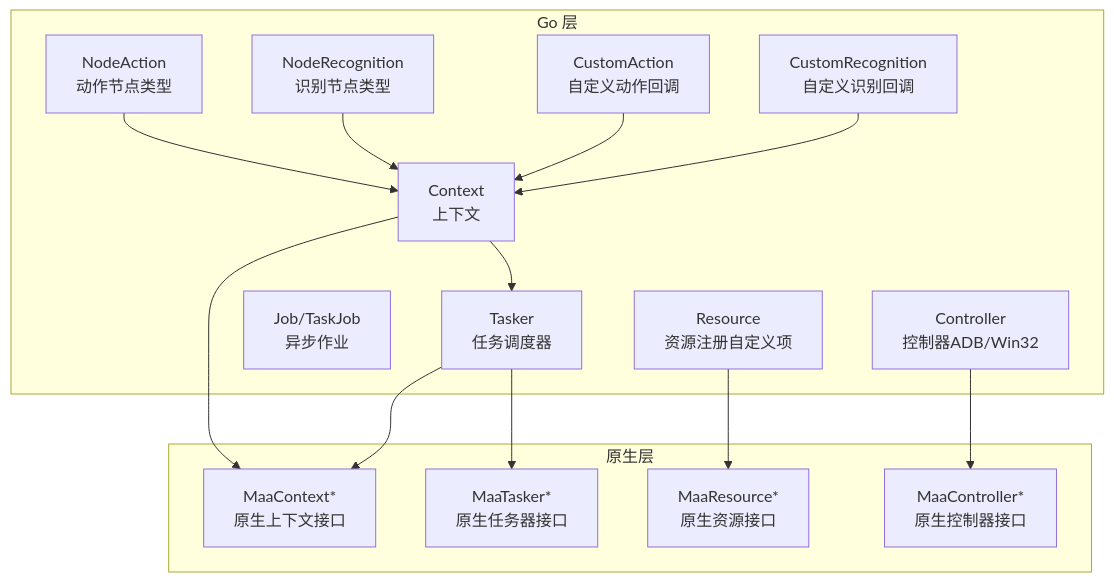
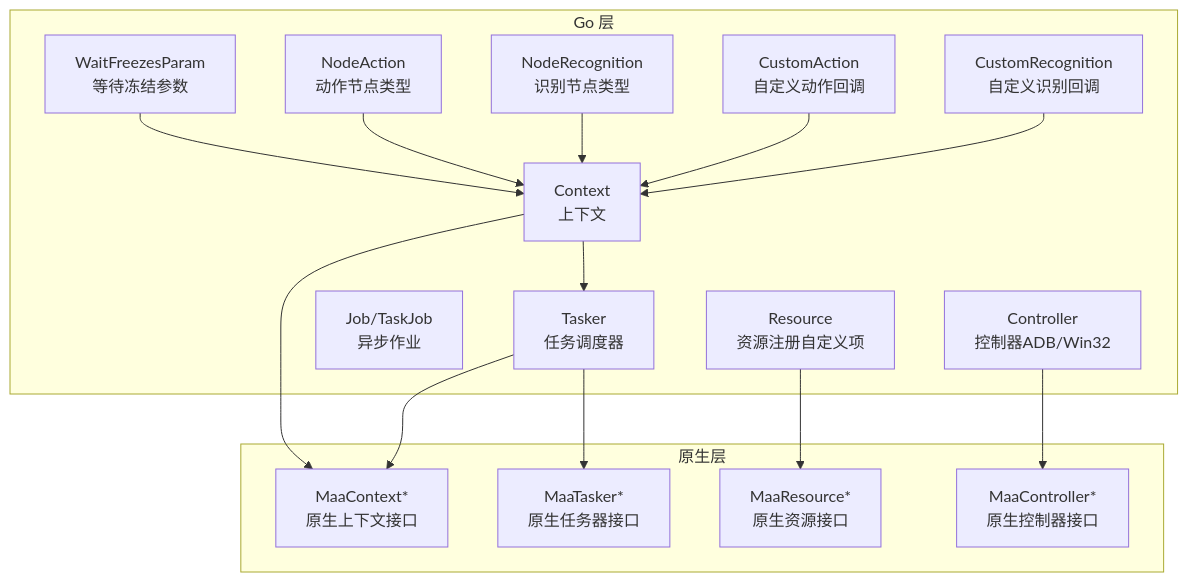
The first of 6 diagrams in instructions/maafw-golang-binding/核心概念/执行上下文 (Context).md (kqcoxn/MaaPipelineEditor), drawn with Mermaid before and after one commit. The commit also changed other lines of this file and 6 other files, not shown here.

````diff
--- a/instructions/maafw-golang-binding/核心概念/执行上下文 (Context).md
+++ b/instructions/maafw-golang-binding/核心概念/执行上下文 (Context).md
@@ -58,30 +59,32 @@
 ```mermaid
 graph TB
 subgraph "Go 层"
 Ctx["Context<br/>上下文"]
 Tsk["Tasker<br/>任务调度器"]
 Job["Job/TaskJob<br/>异步作业"]
 CR["CustomRecognition<br/>自定义识别回调"]
 CA["CustomAction<br/>自定义动作回调"]
 Res["Resource<br/>资源注册自定义项"]
 Ctrl["Controller<br/>控制器ADB/Win32"]
 NR["NodeRecognition<br/>识别节点类型"]
 NA["NodeAction<br/>动作节点类型"]
+WF["WaitFreezesParam<br/>等待冻结参数"]
 end
 subgraph "原生层"
 NCtx["MaaContext*<br/>原生上下文接口"]
 NTsk["MaaTasker*<br/>原生任务器接口"]
 NRes["MaaResource*<br/>原生资源接口"]
 NCtl["MaaController*<br/>原生控制器接口"]
 end
 Ctx --> Tsk
 Tsk --> NCtx
 Tsk --> NTsk
 Res --> NRes
 Ctrl --> NCtl
 CR --> Ctx
 CA --> Ctx
 Ctx --> NCtx
 NR --> Ctx
 NA --> Ctx
+WF --> Ctx
 ```
````
